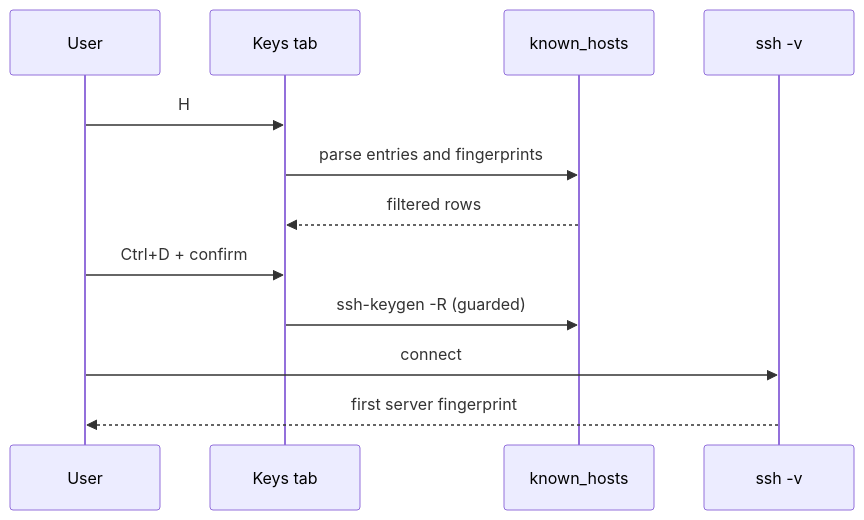
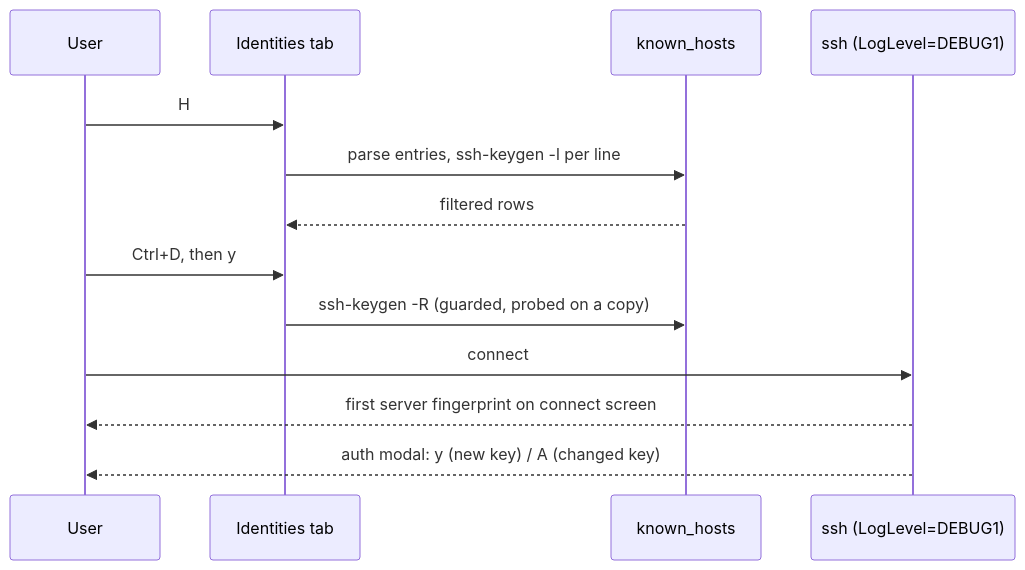
One commit to Petyok/SSHub changed the diagram in openwiki/workflows/known-hosts.md. Above: the diagram before and after it, drawn with Mermaid. The commit also changed other lines of this file and 30 other files, not shown here.

````diff
--- a/openwiki/workflows/known-hosts.md
+++ b/openwiki/workflows/known-hosts.md
@@ -17,14 +33,15 @@
 ```mermaid
 sequenceDiagram
     participant User
-    participant Keys as Keys tab
+    participant Keys as Identities tab
     participant KH as known_hosts
-    participant SSH as ssh -v
+    participant SSH as ssh (LogLevel=DEBUG1)
     User->>Keys: H
-    Keys->>KH: parse entries and fingerprints
+    Keys->>KH: parse entries, ssh-keygen -l per line
     KH-->>Keys: filtered rows
-    User->>Keys: Ctrl+D + confirm
-    Keys->>KH: ssh-keygen -R (guarded)
+    User->>Keys: Ctrl+D, then y
+    Keys->>KH: ssh-keygen -R (guarded, probed on a copy)
     User->>SSH: connect
-    SSH-->>User: first server fingerprint
+    SSH-->>User: first server fingerprint on connect screen
+    SSH-->>User: auth modal: y (new key) / A (changed key)
 ```
````
